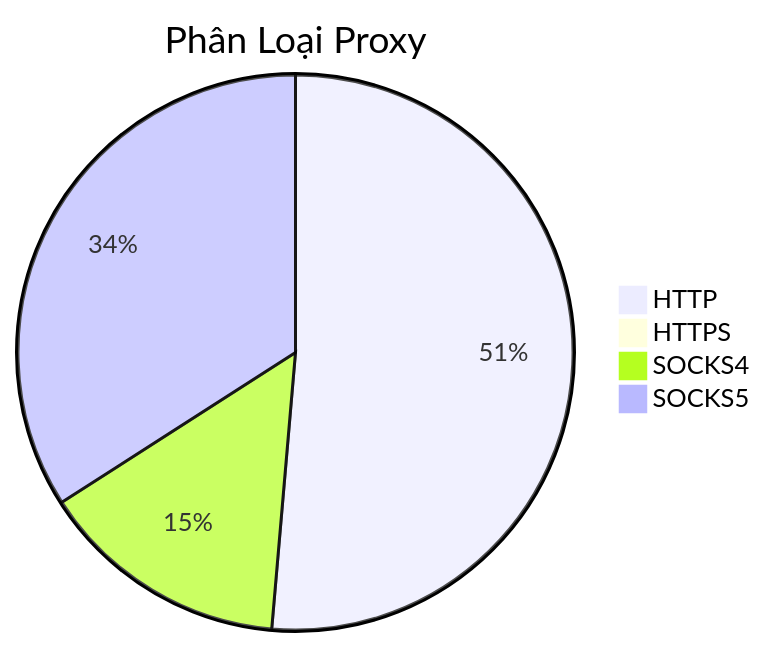
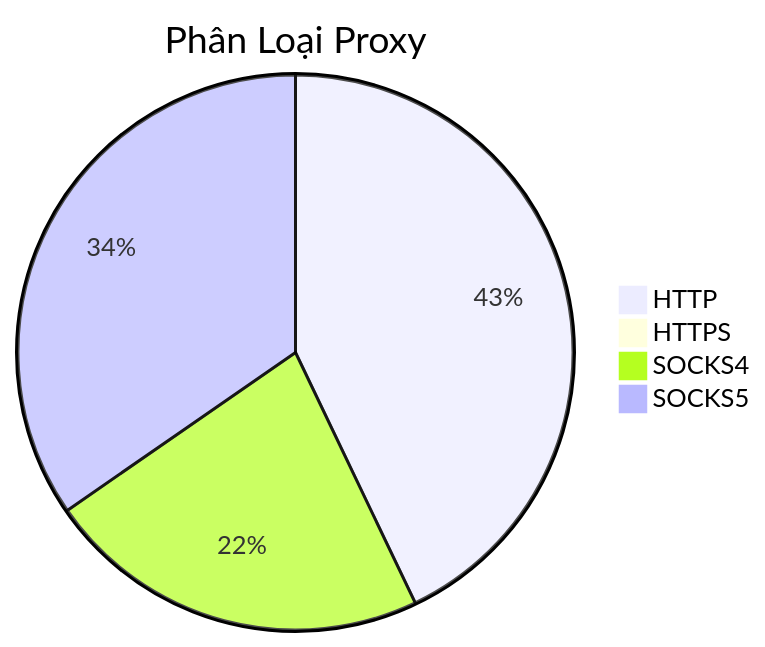
The diagram in README.md (Ciara-Aa/PROXY-free), drawn with Mermaid before and after one commit. The commit also changed other lines of this file and 4 other files, not shown here.

````diff
--- a/README.md
+++ b/README.md
@@ -26,7 +26,7 @@
 ```mermaid
 pie title Phân Loại Proxy
-    "HTTP" : 395
-    "HTTPS" : 3
-    "SOCKS4" : 112
-    "SOCKS5" : 262
+    "HTTP" : 275
+    "HTTPS" : 5
+    "SOCKS4" : 144
+    "SOCKS5" : 222
 ```
````
